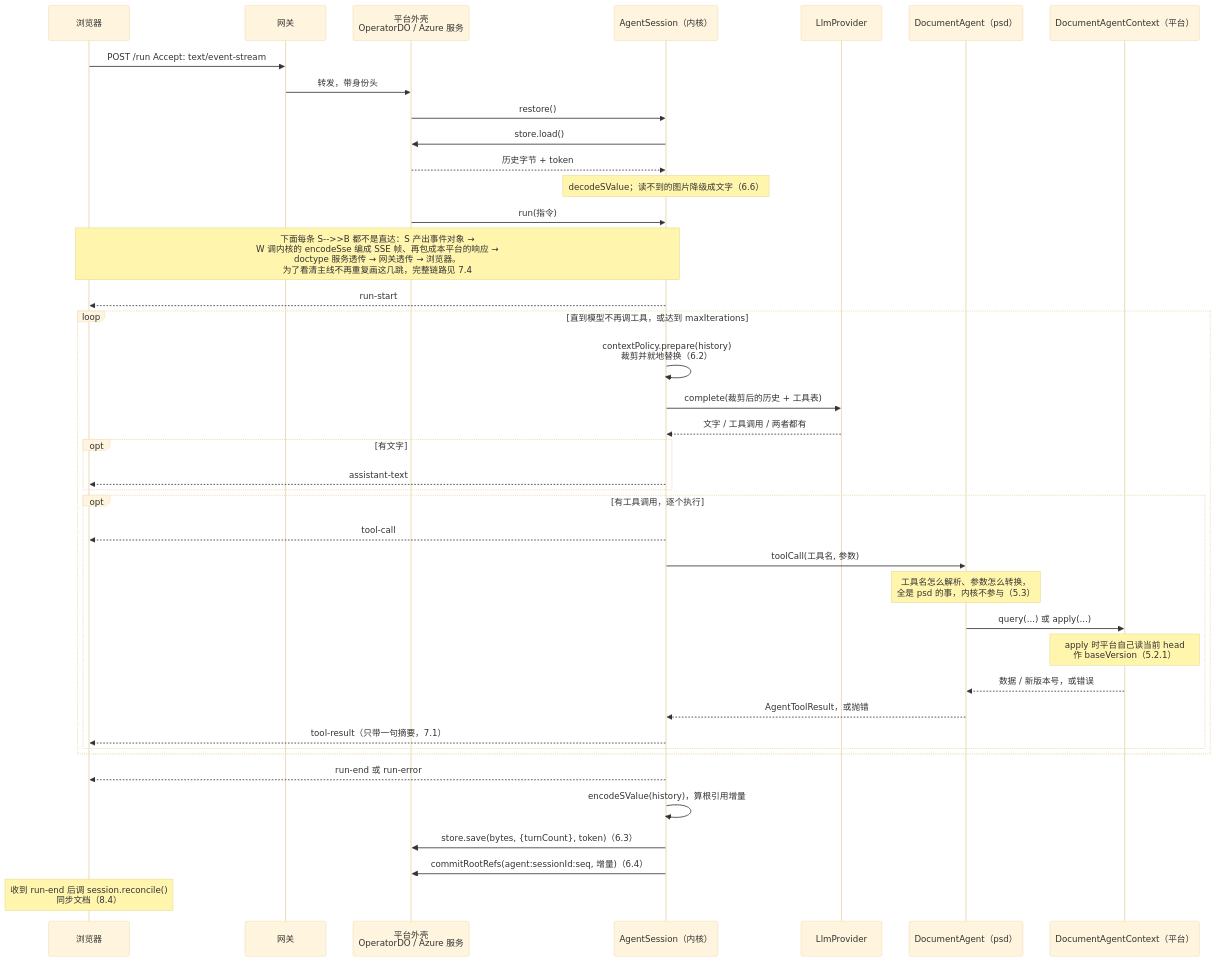
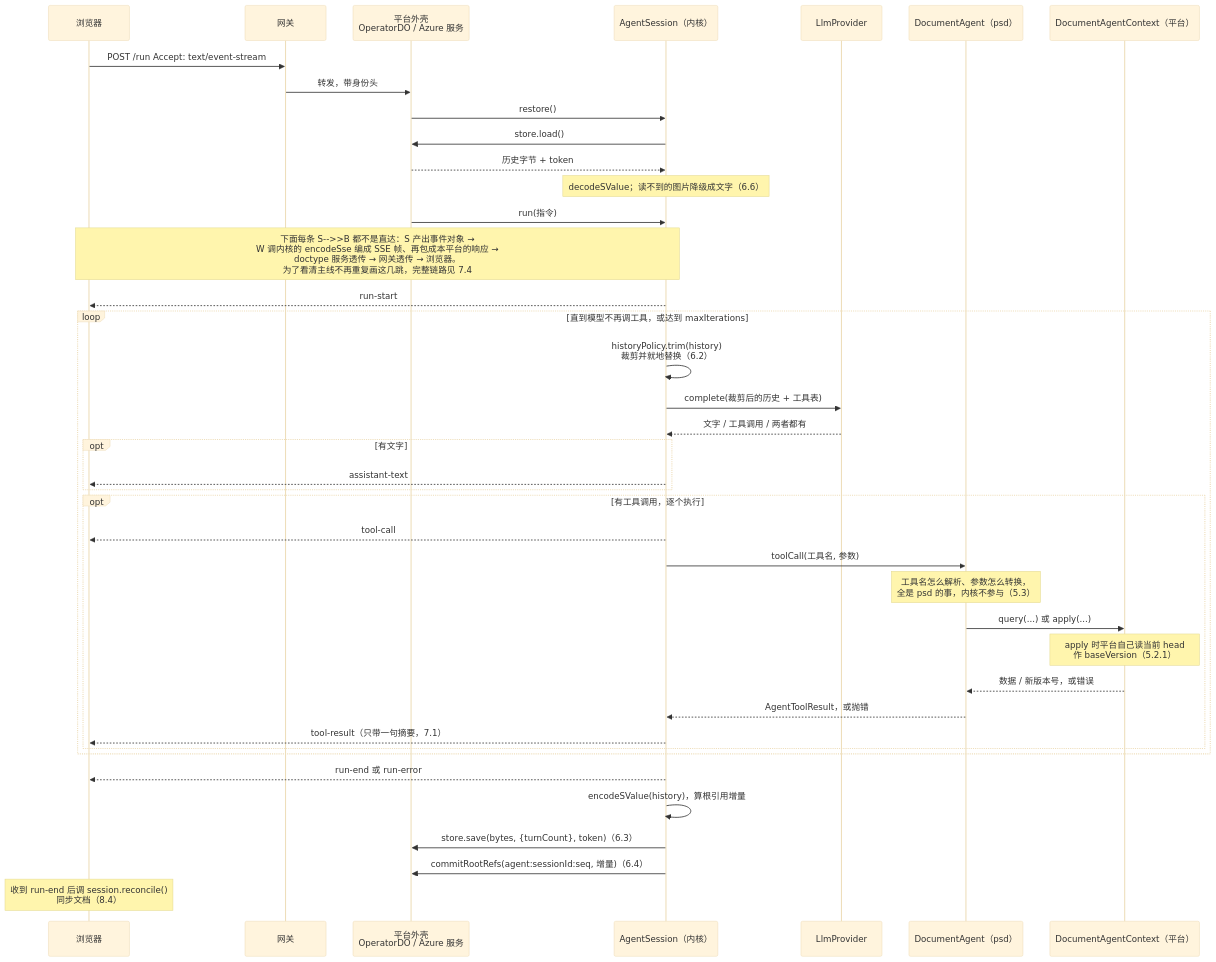
Diagram 11 of 15 in docs/superpowers/specs/2026-08-26-agent-sdk-design.md (shazhou-ww/unidocs), drawn with Mermaid (base theme) before and after one commit. The commit also changed other lines of this file, not shown here.

First line of the commit message:
docs(agent-sdk): ContextPolicy 改名 HistoryPolicy,避免与 DocumentAgentContext 撞名

````diff
--- a/docs/superpowers/specs/2026-08-26-agent-sdk-design.md
+++ b/docs/superpowers/specs/2026-08-26-agent-sdk-design.md
@@ -1046,51 +1048,51 @@
 ```mermaid
 sequenceDiagram
     participant B as 浏览器
     participant G as 网关
     participant W as 平台外壳<br/>OperatorDO / Azure 服务
     participant S as AgentSession（内核）
     participant L as LlmProvider
     participant A as DocumentAgent（psd）
     participant C as DocumentAgentContext（平台）
 
     B->>G: POST /run  Accept: text/event-stream
     G->>W: 转发，带身份头
 
     W->>S: restore()
     S->>W: store.load()
     W-->>S: 历史字节 + token
     Note over S: decodeSValue；读不到的图片降级成文字（6.6）
 
     W->>S: run(指令)
 
     Note over S,B: 下面每条 S-->>B 都不是直达：S 产出事件对象 →<br/>W 调内核的 encodeSse 编成 SSE 帧、再包成本平台的响应 →<br/>doctype 服务透传 → 网关透传 → 浏览器。<br/>为了看清主线不再重复画这几跳，完整链路见 7.4
     S-->>B: run-start
 
     loop 直到模型不再调工具，或达到 maxIterations
-        S->>S: contextPolicy.prepare(history)<br/>裁剪并就地替换（6.2）
+        S->>S: historyPolicy.trim(history)<br/>裁剪并就地替换（6.2）
         S->>L: complete(裁剪后的历史 + 工具表)
         L-->>S: 文字 / 工具调用 / 两者都有
 
         opt 有文字
             S-->>B: assistant-text
         end
 
         opt 有工具调用，逐个执行
             S-->>B: tool-call
             S->>A: toolCall(工具名, 参数)
             Note over A: 工具名怎么解析、参数怎么转换，<br/>全是 psd 的事，内核不参与（5.3）
             A->>C: query(...) 或 apply(...)
             Note over C: apply 时平台自己读当前 head<br/>作 baseVersion（5.2.1）
             C-->>A: 数据 / 新版本号，或错误
             A-->>S: AgentToolResult，或抛错
             S-->>B: tool-result（只带一句摘要，7.1）
         end
     end
 
     S-->>B: run-end 或 run-error
 
     S->>S: encodeSValue(history)，算根引用增量
     S->>W: store.save(bytes, {turnCount}, token)（6.3）
     S->>W: commitRootRefs(agent:sessionId:seq, 增量)（6.4）
     Note over B: 收到 run-end 后调 session.reconcile()<br/>同步文档（8.4）
 ```
````
